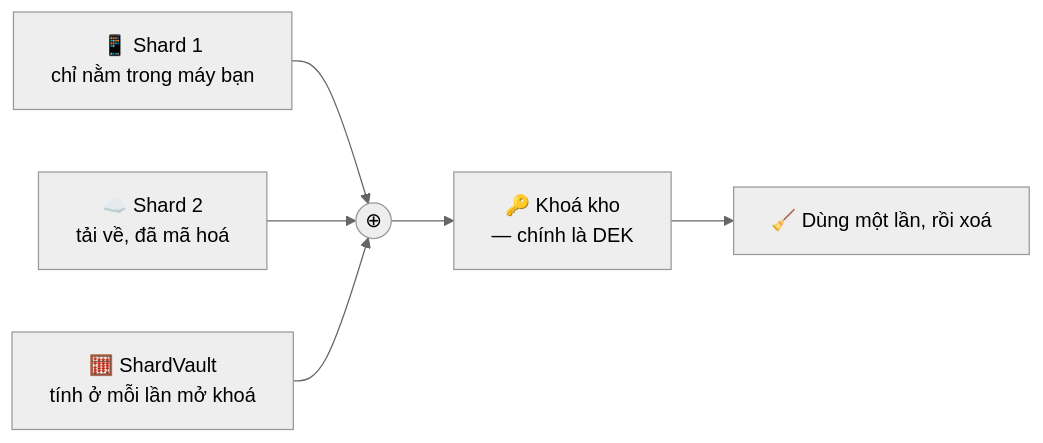
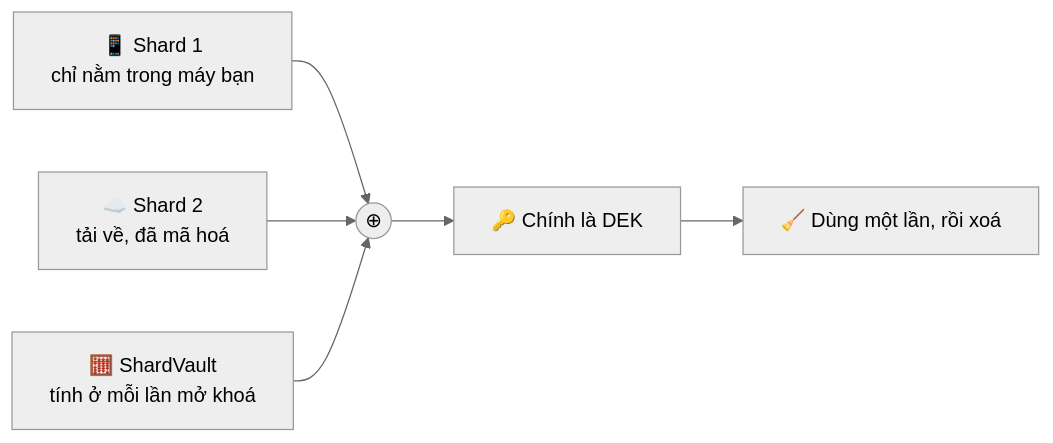
The second of 18 diagrams in i18n/vi/docusaurus-plugin-content-docs/current/plain-words.md (TuPhung369/passwordepic-website), drawn with Mermaid (neutral theme) before and after one commit. The commit also changed other lines of this file and 22 other files, not shown here.

````diff
--- a/i18n/vi/docusaurus-plugin-content-docs/current/plain-words.md
+++ b/i18n/vi/docusaurus-plugin-content-docs/current/plain-words.md
@@ -64,8 +60,8 @@
 ```mermaid
 flowchart LR
   A["📱 Shard 1<br/>chỉ nằm trong máy bạn"] --> X(("⊕"))
   B["☁️ Shard 2<br/>tải về, đã mã hoá"] --> X
   C["🧮 ShardVault<br/>tính ở mỗi lần mở khoá"] --> X
-  X --> K["🔑 Khoá kho<br/>— chính là DEK"]
+  X --> K["🔑 Chính là DEK"]
   K --> Z["🧹 Dùng một lần, rồi xoá"]
 ```
````
